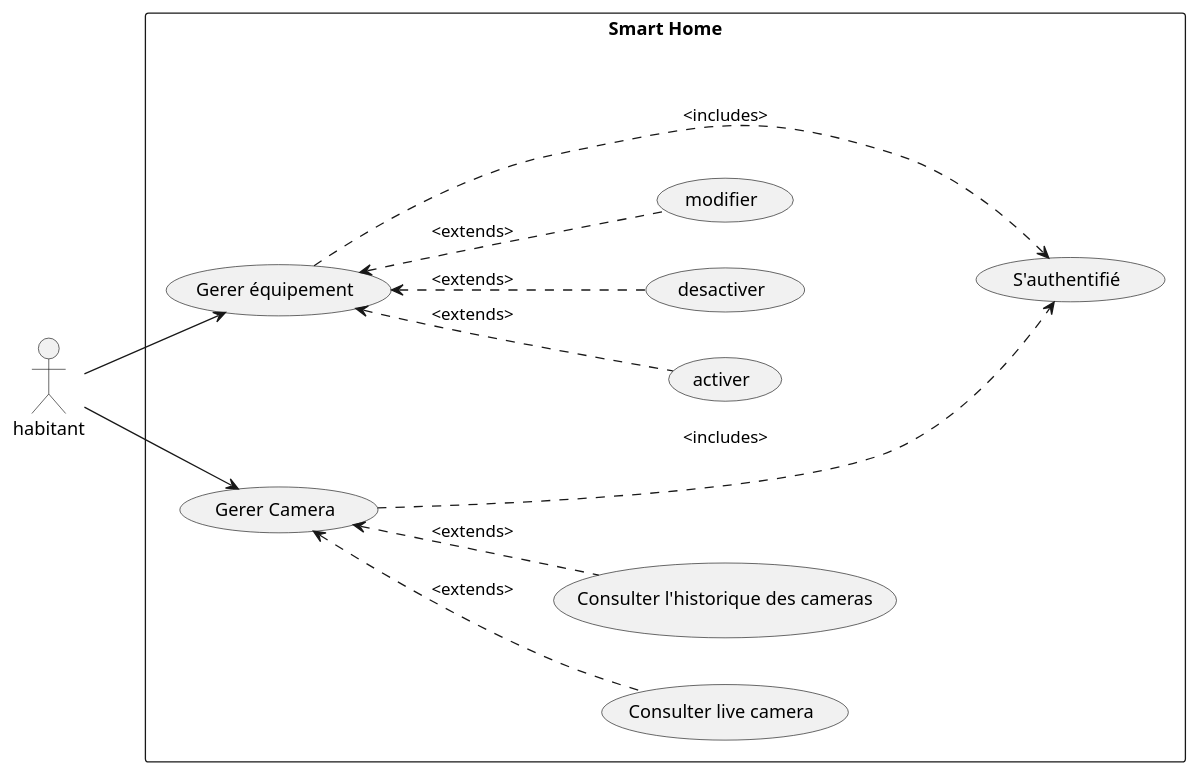
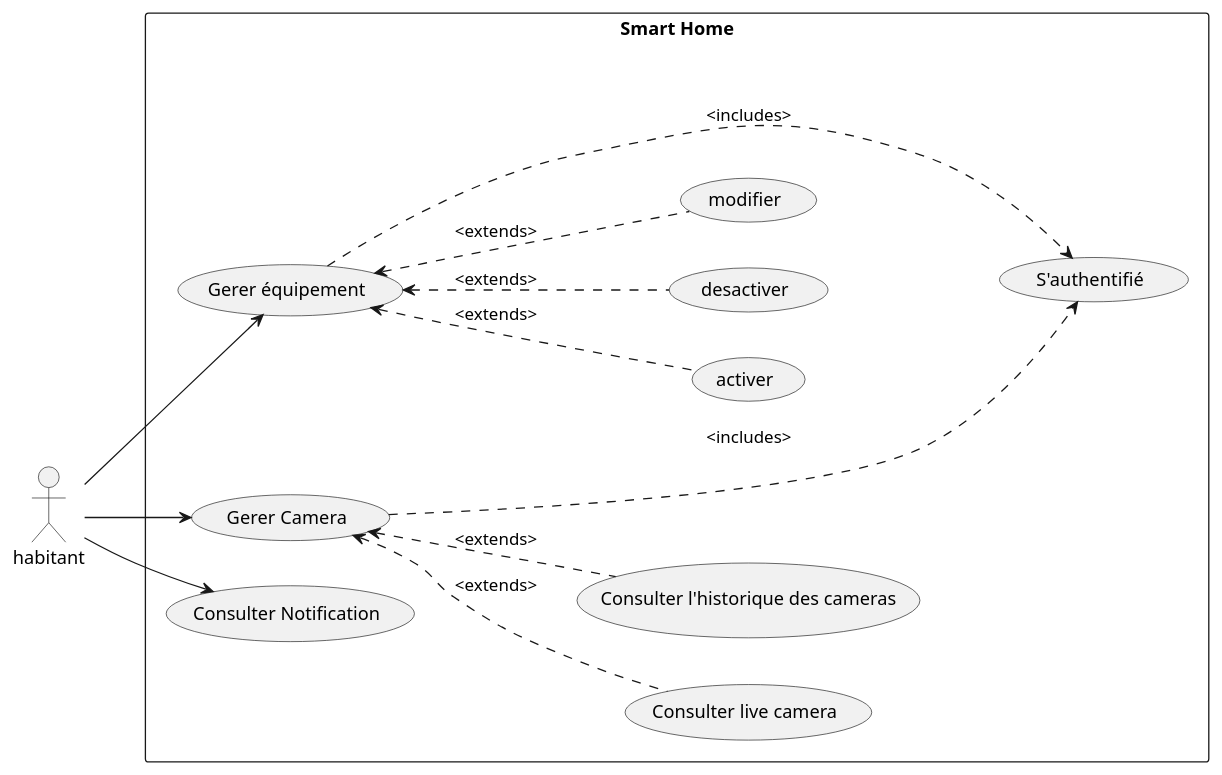
One commit to SemSSK/SmartHome changed the diagram in UmlDiagrams/DCUHabitant.puml. Above: the diagram before and after it, drawn with PlantUML. The commit also changed 9 other files, not shown here.

```diff
--- a/UmlDiagrams/DCUHabitant.puml
+++ b/UmlDiagrams/DCUHabitant.puml
@@ -1,23 +1,25 @@
 @startuml
     left to right direction
         actor habitant as hab
         rectangle "Smart Home"{
             usecase "Gerer équipement" as geq
             usecase "Gerer Camera" as manageCams
             usecase "Consulter live camera" as consultLive
             usecase "Consulter l'historique des cameras" as consultHistory
             usecase activer
             usecase desactiver
             usecase modifier 
+            usecase "Consulter Notification" as consultNotif
             usecase "S'authentifié" as login 
         }
         hab --> manageCams
         hab --> geq
+        hab --> consultNotif
         geq <.down. desactiver : <extends>
         geq <.down. activer : <extends>
         geq <.down. modifier : <extends>
         manageCams <.down. consultLive : <extends>
         manageCams <.down. consultHistory : <extends>
         geq .down..> login : <includes>
         manageCams .down..> login : <includes>
 @enduml
```
